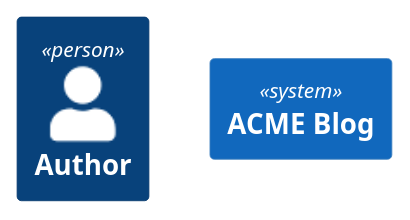
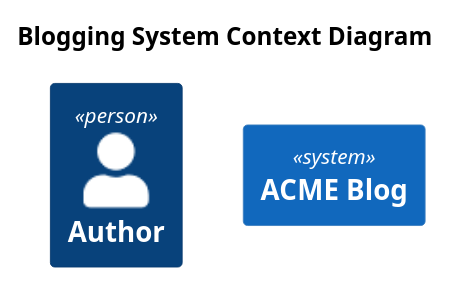
One commit to vanHeemstraSystems/c4-model changed the diagram in containers/app/c4plantuml/context.puml. Above: the diagram before and after it, drawn with PlantUML.

Commit message:
Add title

```diff
--- a/containers/app/c4plantuml/context.puml
+++ b/containers/app/c4plantuml/context.puml
@@ -1,9 +1,11 @@
 @startuml blogging-context
 !include https://raw.githubusercontent.com/plantuml-stdlib/C4-PlantUML/master/C4_Context.puml
 ' uncomment the following line and comment the first to use locally
 ' !include C4_Context.puml
+title Blogging System Context Diagram
 
 Person(author, "Author")
+
 System(blog, "ACME Blog")
 
 @enduml
```
